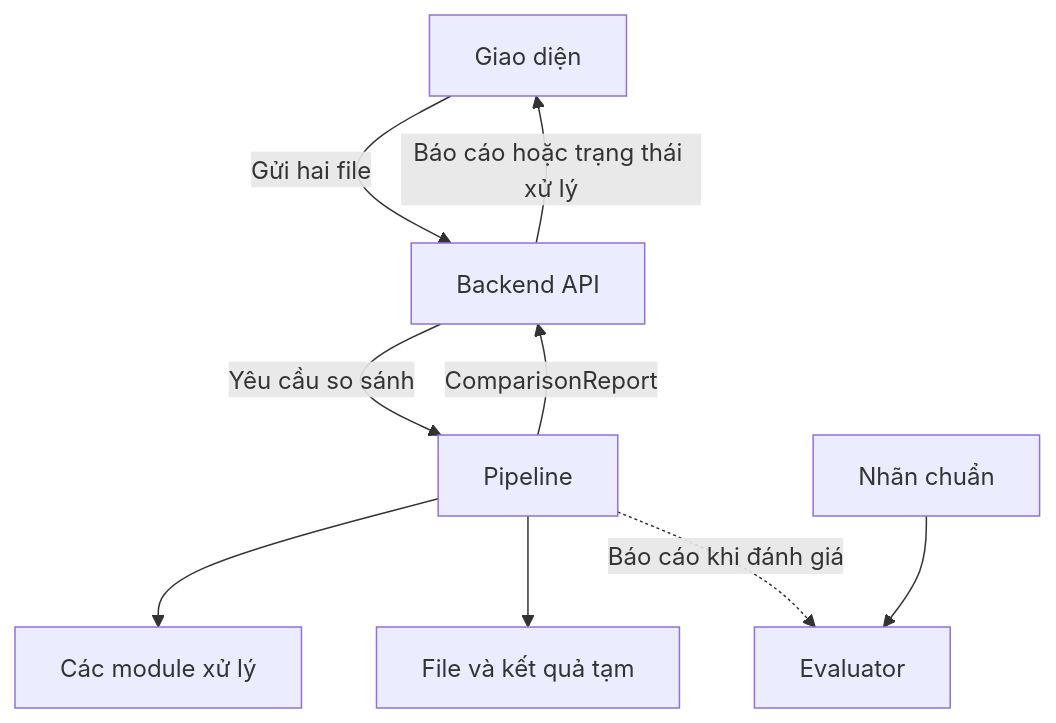
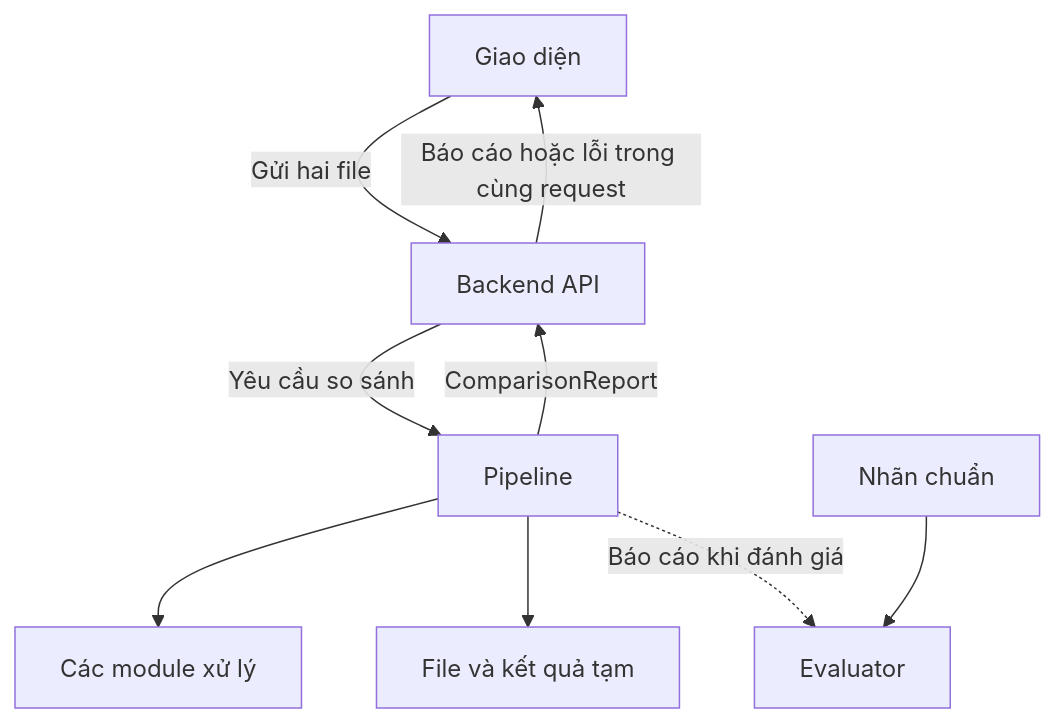
One commit to Lyra1603/group4_legal_document_change_detection changed the first of 2 diagrams in docs/architecture.md. Above: the diagram before and after it, drawn with Mermaid. The commit also changed other lines of this file and 1 other file, not shown here.

Commit message:
update architecture and commit plan

````diff
--- a/docs/architecture.md
+++ b/docs/architecture.md
@@ -79,11 +79,11 @@
 ```mermaid
 flowchart TD
     UI["Giao diện"] -->|"Gửi hai file"| API["Backend API"]
     API -->|"Yêu cầu so sánh"| PIPE["Pipeline"]
     PIPE -->|"ComparisonReport"| API
-    API -->|"Báo cáo hoặc trạng thái xử lý"| UI
+    API -->|"Báo cáo hoặc lỗi trong cùng request"| UI
     PIPE --> CORE["Các module xử lý"]
     PIPE --> TEMP["File và kết quả tạm"]
     GOLD["Nhãn chuẩn"] --> EVAL["Evaluator"]
     PIPE -.->|"Báo cáo khi đánh giá"| EVAL
 ```
````
